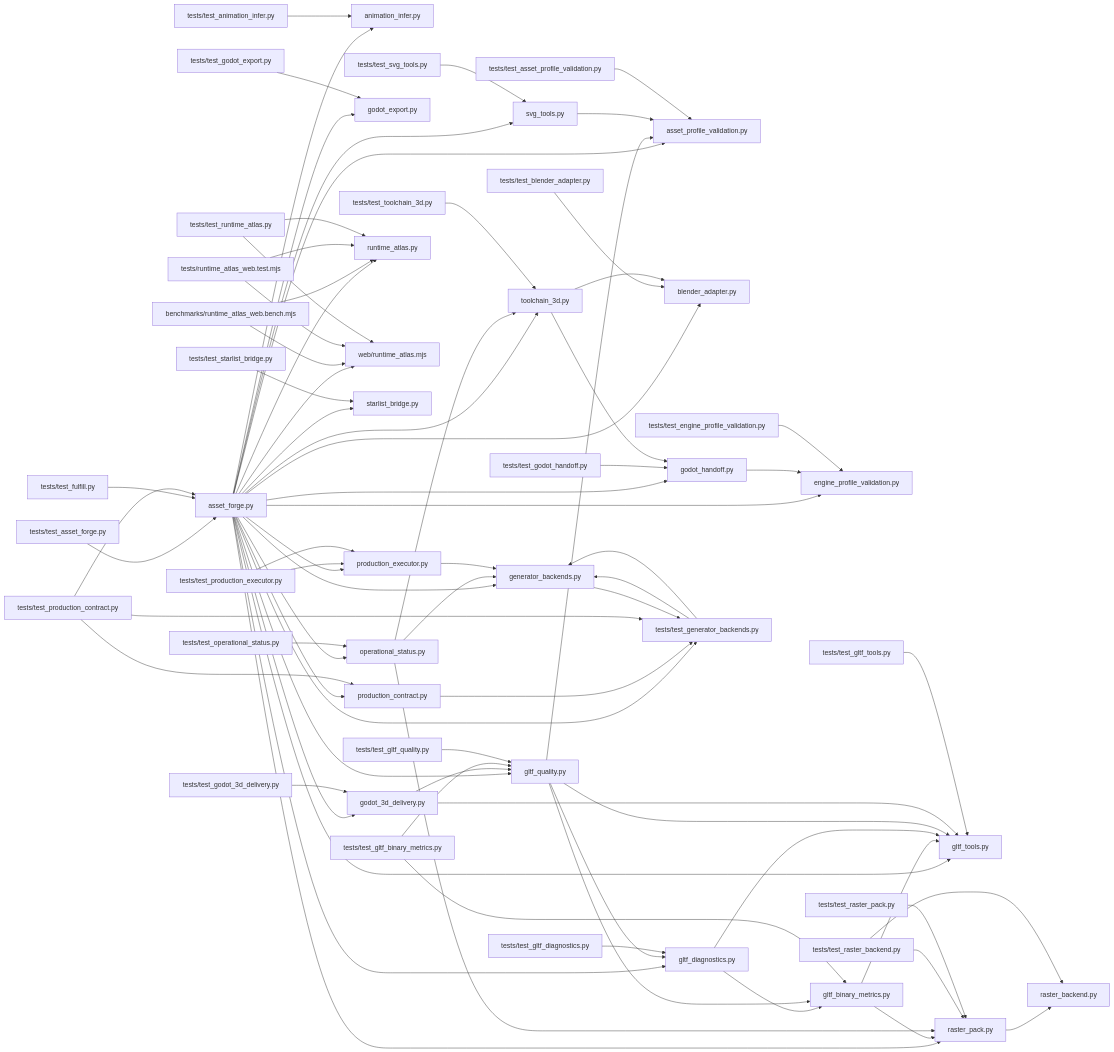
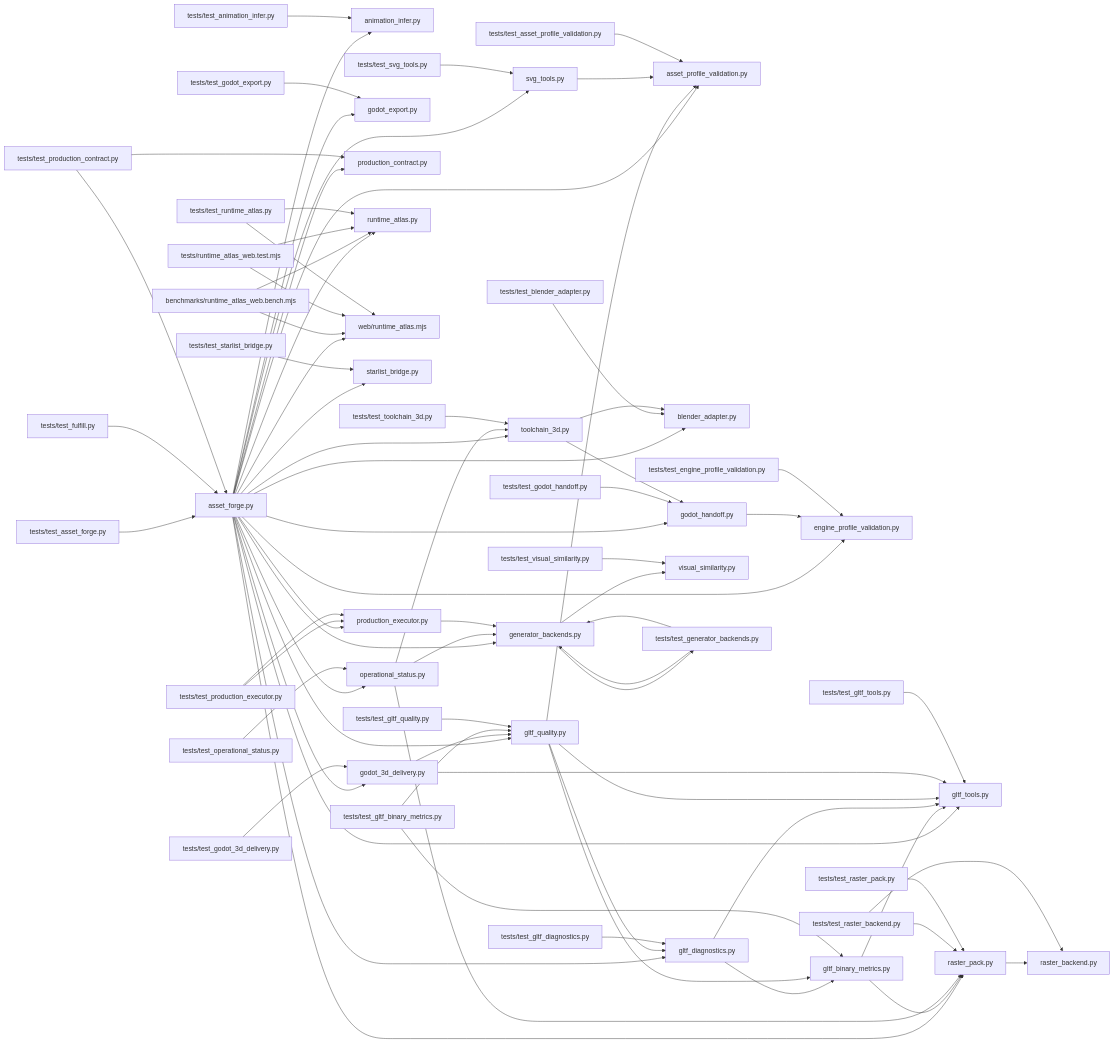
The diagram in .ai/brain/architecture.mmd (dbrckk/asset-forge), drawn with Mermaid before and after one commit. The commit also changed 83 other files, not shown here.

```diff
--- a/.ai/brain/architecture.mmd
+++ b/.ai/brain/architecture.mmd
@@ -1,77 +1,76 @@
 flowchart LR
   nf6aaebdb60["asset_forge.py"] --> na6af60504f["animation_infer.py"]
   nf6aaebdb60["asset_forge.py"] --> n0b538ad53a["asset_profile_validation.py"]
   nf6aaebdb60["asset_forge.py"] --> n53f8241bed["blender_adapter.py"]
   nf6aaebdb60["asset_forge.py"] --> n6c970becb0["engine_profile_validation.py"]
   nf6aaebdb60["asset_forge.py"] --> n628d7e8336["generator_backends.py"]
   nf6aaebdb60["asset_forge.py"] --> n75933d141d["gltf_diagnostics.py"]
   nf6aaebdb60["asset_forge.py"] --> n40671eb73f["gltf_quality.py"]
   nf6aaebdb60["asset_forge.py"] --> n603af8be95["gltf_tools.py"]
   nf6aaebdb60["asset_forge.py"] --> n19f6cc30a2["godot_3d_delivery.py"]
   nf6aaebdb60["asset_forge.py"] --> nf513c6f74a["godot_export.py"]
   nf6aaebdb60["asset_forge.py"] --> n4ac24c4308["godot_handoff.py"]
   nf6aaebdb60["asset_forge.py"] --> n8e6c2af7cd["operational_status.py"]
   nf6aaebdb60["asset_forge.py"] --> n053badf172["production_contract.py"]
   nf6aaebdb60["asset_forge.py"] --> nd2e1f874ab["production_executor.py"]
   nf6aaebdb60["asset_forge.py"] --> n812f5d6cd8["raster_pack.py"]
   nf6aaebdb60["asset_forge.py"] --> n5b9c1dbfe7["runtime_atlas.py"]
   nf6aaebdb60["asset_forge.py"] --> nbf71796fb5["web/runtime_atlas.mjs"]
   nf6aaebdb60["asset_forge.py"] --> n60f2773fae["starlist_bridge.py"]
   nf6aaebdb60["asset_forge.py"] --> nd1a9eb18f4["svg_tools.py"]
   nf6aaebdb60["asset_forge.py"] --> n9f52789201["toolchain_3d.py"]
   nf1083f5ce7["benchmarks/runtime_atlas_web.bench.mjs"] --> n5b9c1dbfe7["runtime_atlas.py"]
   nf1083f5ce7["benchmarks/runtime_atlas_web.bench.mjs"] --> nbf71796fb5["web/runtime_atlas.mjs"]
+  n628d7e8336["generator_backends.py"] --> n138016621f["visual_similarity.py"]
   nf2ad6ffaad["gltf_binary_metrics.py"] --> n603af8be95["gltf_tools.py"]
   nf2ad6ffaad["gltf_binary_metrics.py"] --> n812f5d6cd8["raster_pack.py"]
   n75933d141d["gltf_diagnostics.py"] --> nf2ad6ffaad["gltf_binary_metrics.py"]
   n75933d141d["gltf_diagnostics.py"] --> n603af8be95["gltf_tools.py"]
   n40671eb73f["gltf_quality.py"] --> n0b538ad53a["asset_profile_validation.py"]
   n40671eb73f["gltf_quality.py"] --> nf2ad6ffaad["gltf_binary_metrics.py"]
   n40671eb73f["gltf_quality.py"] --> n75933d141d["gltf_diagnostics.py"]
   n40671eb73f["gltf_quality.py"] --> n603af8be95["gltf_tools.py"]
   n19f6cc30a2["godot_3d_delivery.py"] --> n40671eb73f["gltf_quality.py"]
   n19f6cc30a2["godot_3d_delivery.py"] --> n603af8be95["gltf_tools.py"]
   n4ac24c4308["godot_handoff.py"] --> n6c970becb0["engine_profile_validation.py"]
   n8e6c2af7cd["operational_status.py"] --> n628d7e8336["generator_backends.py"]
   n8e6c2af7cd["operational_status.py"] --> n812f5d6cd8["raster_pack.py"]
   n8e6c2af7cd["operational_status.py"] --> n9f52789201["toolchain_3d.py"]
   nd2e1f874ab["production_executor.py"] --> n628d7e8336["generator_backends.py"]
   n812f5d6cd8["raster_pack.py"] --> n1f573e1b00["raster_backend.py"]
   nd1a9eb18f4["svg_tools.py"] --> n0b538ad53a["asset_profile_validation.py"]
   n6d6a7f3f5f["tests/runtime_atlas_web.test.mjs"] --> n5b9c1dbfe7["runtime_atlas.py"]
   n6d6a7f3f5f["tests/runtime_atlas_web.test.mjs"] --> nbf71796fb5["web/runtime_atlas.mjs"]
   ndd9a4fb45c["tests/test_animation_infer.py"] --> na6af60504f["animation_infer.py"]
   na7d4387d3f["tests/test_asset_forge.py"] --> nf6aaebdb60["asset_forge.py"]
   necd522caf1["tests/test_asset_profile_validation.py"] --> n0b538ad53a["asset_profile_validation.py"]
   n0b5e01c792["tests/test_blender_adapter.py"] --> n53f8241bed["blender_adapter.py"]
   n69f8299d4b["tests/test_engine_profile_validation.py"] --> n6c970becb0["engine_profile_validation.py"]
   n8020ce18e3["tests/test_fulfill.py"] --> nf6aaebdb60["asset_forge.py"]
   n3669c12588["tests/test_generator_backends.py"] --> n628d7e8336["generator_backends.py"]
   nd70a422de4["tests/test_gltf_binary_metrics.py"] --> nf2ad6ffaad["gltf_binary_metrics.py"]
   nd70a422de4["tests/test_gltf_binary_metrics.py"] --> n40671eb73f["gltf_quality.py"]
   nfb115d84b9["tests/test_gltf_diagnostics.py"] --> n75933d141d["gltf_diagnostics.py"]
   n9879eb7c58["tests/test_gltf_quality.py"] --> n40671eb73f["gltf_quality.py"]
   nbe4b566f23["tests/test_gltf_tools.py"] --> n603af8be95["gltf_tools.py"]
   n5132dff4b4["tests/test_godot_3d_delivery.py"] --> n19f6cc30a2["godot_3d_delivery.py"]
   n765e2032dc["tests/test_godot_export.py"] --> nf513c6f74a["godot_export.py"]
   n796d12e7ad["tests/test_godot_handoff.py"] --> n4ac24c4308["godot_handoff.py"]
   nae44096017["tests/test_operational_status.py"] --> n8e6c2af7cd["operational_status.py"]
   n2bf208ea95["tests/test_production_contract.py"] --> nf6aaebdb60["asset_forge.py"]
   n2bf208ea95["tests/test_production_contract.py"] --> n053badf172["production_contract.py"]
   n7bb7caee30["tests/test_production_executor.py"] --> nd2e1f874ab["production_executor.py"]
   nfa190699df["tests/test_raster_backend.py"] --> n1f573e1b00["raster_backend.py"]
   nfa190699df["tests/test_raster_backend.py"] --> n812f5d6cd8["raster_pack.py"]
   nacd4f64dad["tests/test_raster_pack.py"] --> n812f5d6cd8["raster_pack.py"]
   n648bc622f8["tests/test_runtime_atlas.py"] --> n5b9c1dbfe7["runtime_atlas.py"]
   n648bc622f8["tests/test_runtime_atlas.py"] --> nbf71796fb5["web/runtime_atlas.mjs"]
   n741d12fac4["tests/test_starlist_bridge.py"] --> n60f2773fae["starlist_bridge.py"]
   n9799642b7e["tests/test_svg_tools.py"] --> nd1a9eb18f4["svg_tools.py"]
   n67da2e7cde["tests/test_toolchain_3d.py"] --> n9f52789201["toolchain_3d.py"]
+  nb1c19216ea["tests/test_visual_similarity.py"] --> n138016621f["visual_similarity.py"]
   n9f52789201["toolchain_3d.py"] --> n53f8241bed["blender_adapter.py"]
   n9f52789201["toolchain_3d.py"] --> n4ac24c4308["godot_handoff.py"]
-  nf6aaebdb60["asset_forge.py"] --> n3669c12588["tests/test_generator_backends.py"]
-  n053badf172["production_contract.py"] --> n3669c12588["tests/test_generator_backends.py"]
-  n2bf208ea95["tests/test_production_contract.py"] --> n3669c12588["tests/test_generator_backends.py"]
   n3669c12588["tests/test_generator_backends.py"] --> n628d7e8336["generator_backends.py"]
   n7bb7caee30["tests/test_production_executor.py"] --> nd2e1f874ab["production_executor.py"]
   n628d7e8336["generator_backends.py"] --> n3669c12588["tests/test_generator_backends.py"]
```
